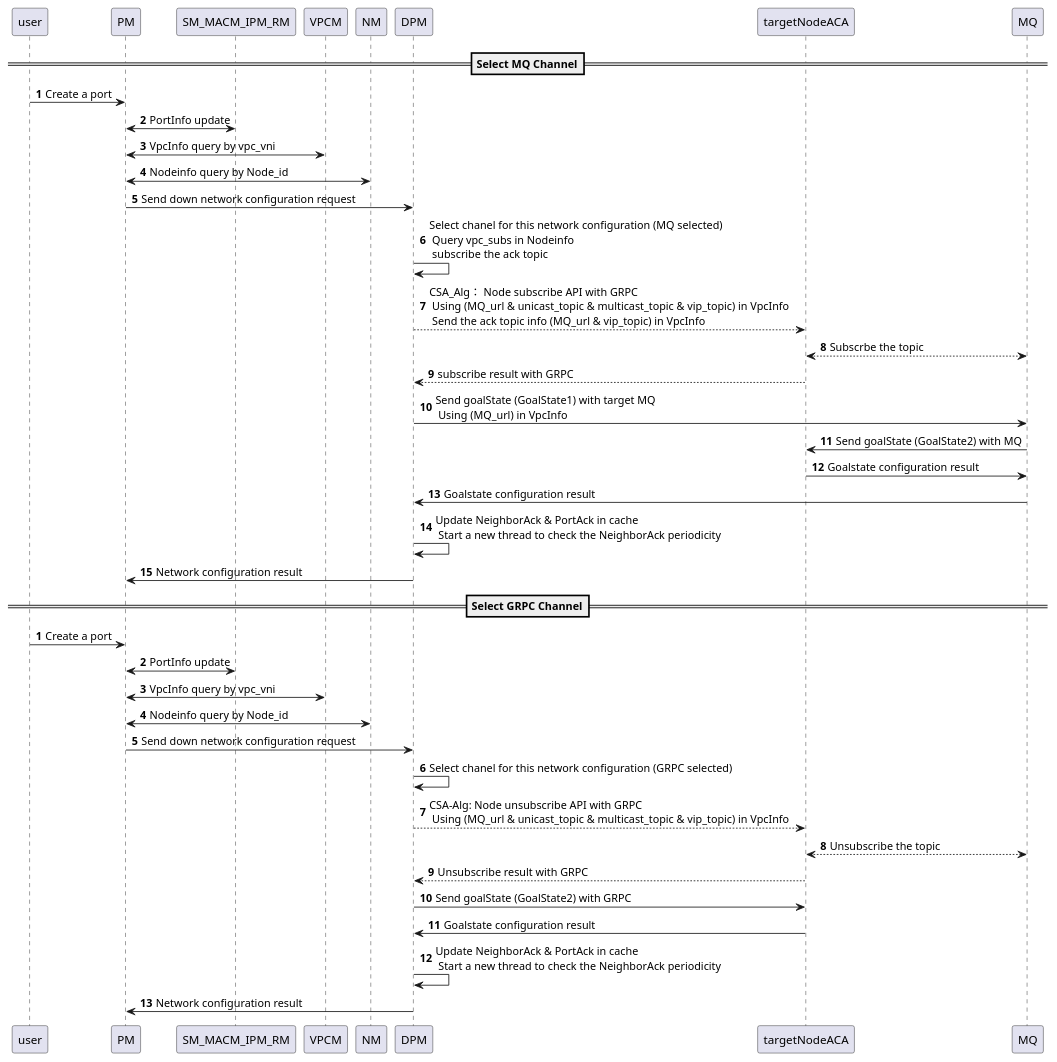
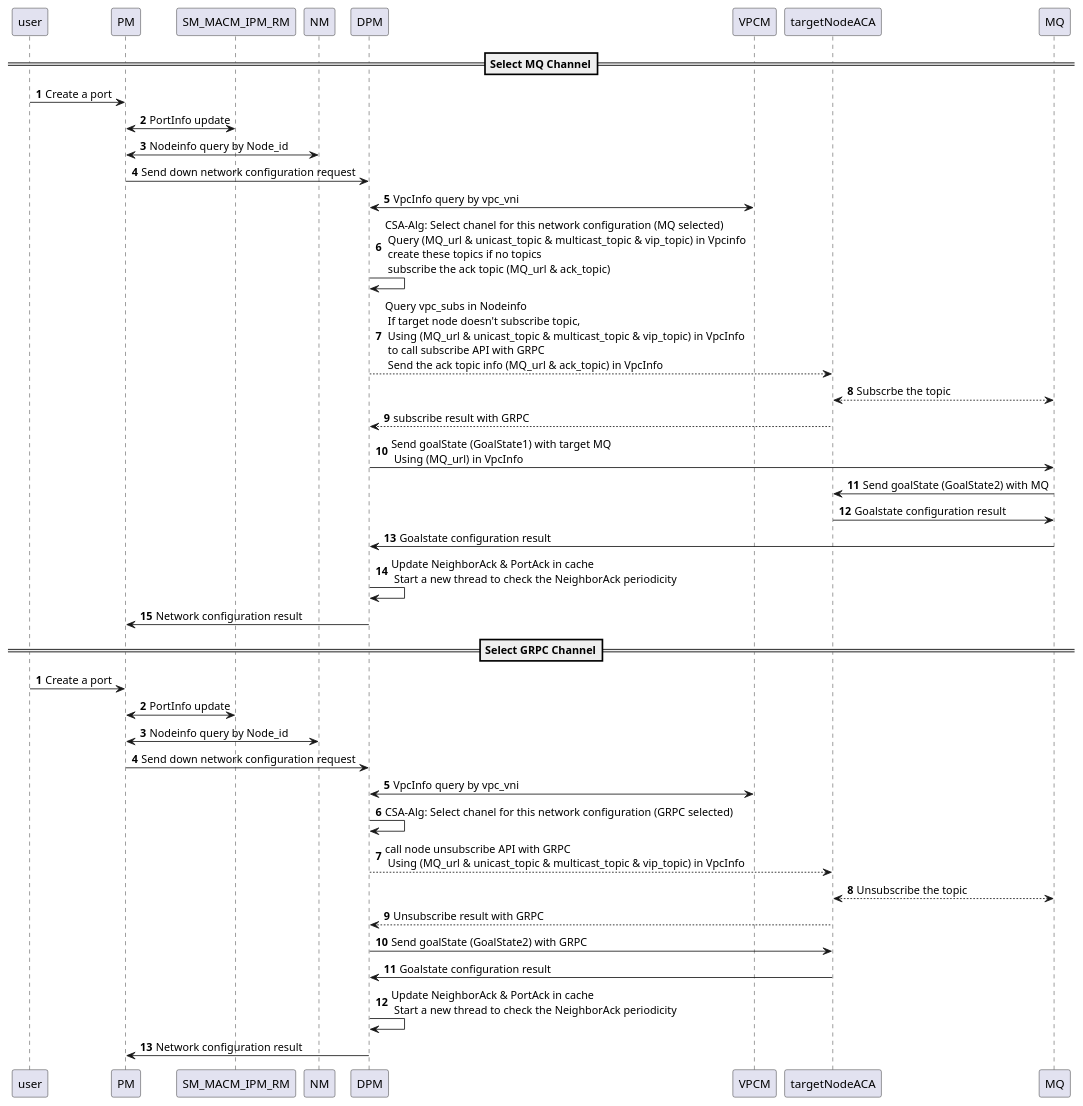
The diagram in docs/modules/ROOT/workflows/MQ_portcreate.puml (futurewei-cloud/alcor), drawn with PlantUML before and after one commit. The commit also changed 5 other files, not shown here.

```diff
--- a/docs/modules/ROOT/workflows/MQ_portcreate.puml
+++ b/docs/modules/ROOT/workflows/MQ_portcreate.puml
@@ -1,51 +1,51 @@
 @startuml
 'https://plantuml.com/sequence-diagram
 
 
 == Select MQ Channel==
 autonumber
 
 user -> PM: Create a port
 PM <-> SM_MACM_IPM_RM: PortInfo update
-PM <-> VPCM: VpcInfo query by vpc_vni
 PM <-> NM: Nodeinfo query by Node_id
 PM -> DPM: Send down network configuration request
-DPM ->DPM: Select chanel for this network configuration (MQ selected)\n Query vpc_subs in Nodeinfo \n subscribe the ack topic
+DPM <-> VPCM: VpcInfo query by vpc_vni
+DPM ->DPM: CSA-Alg: Select chanel for this network configuration (MQ selected)\n Query (MQ_url & unicast_topic & multicast_topic & vip_topic) in Vpcinfo \n create these topics if no topics \n subscribe the ack topic (MQ_url & ack_topic)
 'DPM <-> VPCM: VPC info query
 'DPM <->NM: Query whether target node subscript vpc topic or not
-DPM --> targetNodeACA: CSA_Alg： Node subscribe API with GRPC\n Using (MQ_url & unicast_topic & multicast_topic & vip_topic) in VpcInfo \n Send the ack topic info (MQ_url & vip_topic) in VpcInfo
+DPM --> targetNodeACA: Query vpc_subs in Nodeinfo \n If target node doesn't subscribe topic, \n Using (MQ_url & unicast_topic & multicast_topic & vip_topic) in VpcInfo \n to call subscribe API with GRPC  \n Send the ack topic info (MQ_url & ack_topic) in VpcInfo
 targetNodeACA <--> MQ: Subscrbe the topic
 targetNodeACA --> DPM: subscribe result with GRPC
 'DPM -> NM: Node subscription info update
 DPM -> MQ: Send goalState (GoalState1) with target MQ\n Using (MQ_url) in VpcInfo
 MQ -> targetNodeACA: Send goalState (GoalState2) with MQ
 targetNodeACA -> MQ: Goalstate configuration result
 MQ -> DPM: Goalstate configuration result
 DPM -> DPM: Update NeighborAck & PortAck in cache \n Start a new thread to check the NeighborAck periodicity
 DPM -> PM: Network configuration result
 
 
 
 == Select GRPC Channel==
 autonumber
 
 user -> PM: Create a port
 PM <-> SM_MACM_IPM_RM: PortInfo update
-PM <-> VPCM: VpcInfo query by vpc_vni
 PM <-> NM: Nodeinfo query by Node_id
 PM -> DPM: Send down network configuration request
-DPM ->DPM: Select chanel for this network configuration (GRPC selected)
+DPM <-> VPCM: VpcInfo query by vpc_vni
+DPM ->DPM: CSA-Alg: Select chanel for this network configuration (GRPC selected)
 'DPM <-> VPCM: VPC info query
 'DPM <->NM: Query whether target node subscript vpc topic or not
-DPM --> targetNodeACA: CSA-Alg: Node unsubscribe API with GRPC\n Using (MQ_url & unicast_topic & multicast_topic & vip_topic) in VpcInfo
+DPM --> targetNodeACA: call node unsubscribe API with GRPC\n Using (MQ_url & unicast_topic & multicast_topic & vip_topic) in VpcInfo
 targetNodeACA <--> MQ: Unsubscribe the topic
 targetNodeACA --> DPM: Unsubscribe result with GRPC
 'DPM -> NM: Node subscription info update
 DPM -> targetNodeACA: Send goalState (GoalState2) with GRPC
 targetNodeACA -> DPM: Goalstate configuration result
 DPM -> DPM: Update NeighborAck & PortAck in cache \n Start a new thread to check the NeighborAck periodicity
 DPM -> PM: Network configuration result
 
 
 
 @enduml
```
